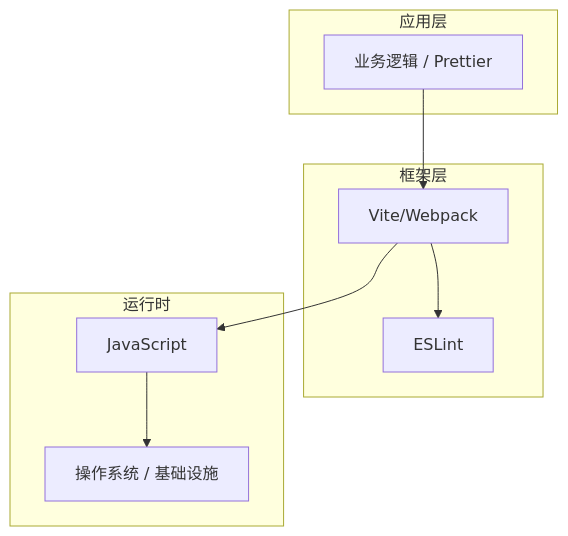
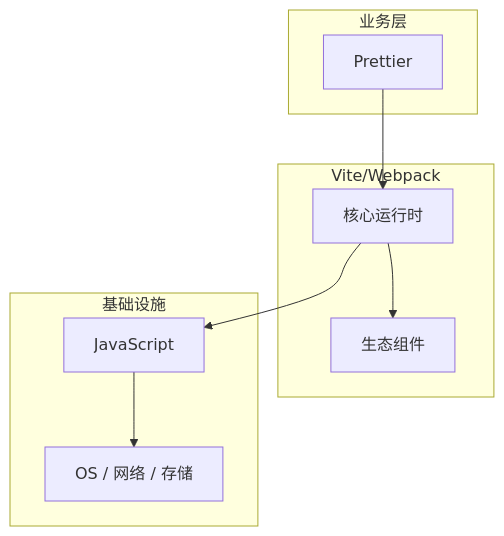
The diagram in articles/前端工程化/chapters/049-Prettier核心概念与原理.md (yanggan2015/knowledge-json-v2), drawn with Mermaid before and after one commit. The commit also changed other lines of this file and 10127 other files, not shown here.

````diff
--- a/articles/前端工程化/chapters/049-Prettier核心概念与原理.md
+++ b/articles/前端工程化/chapters/049-Prettier核心概念与原理.md
@@ -45,18 +34,18 @@
 ```mermaid
 graph TB
-    subgraph 应用层
-        A[业务逻辑 / Prettier]
+    subgraph 业务层
+        A[Prettier]
     end
-    subgraph 框架层
-        B[Vite/Webpack]
-        C[ESLint]
+    subgraph Vite/Webpack
+        B[核心运行时]
+        C[生态组件]
     end
-    subgraph 运行时
+    subgraph 基础设施
         D[JavaScript]
-        E[操作系统 / 基础设施]
+        E[OS / 网络 / 存储]
     end
     A --> B
     B --> C
     B --> D
     D --> E
 ```
````
